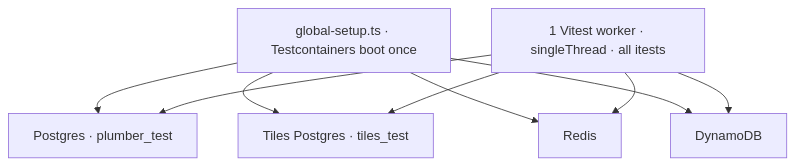
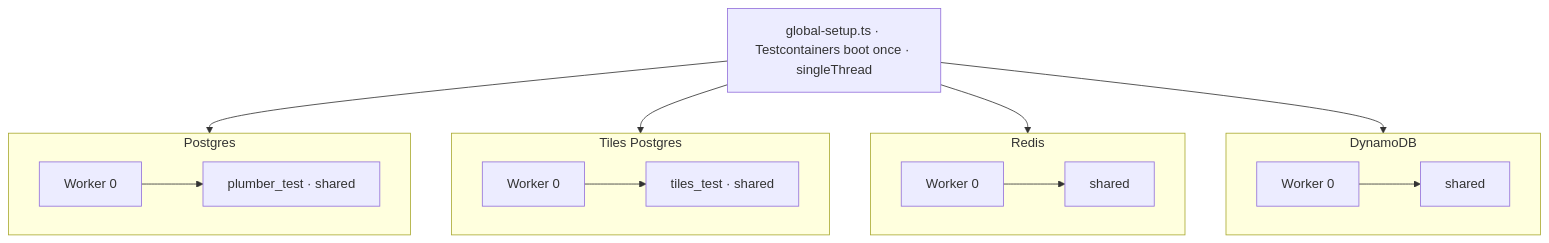
Before and after one commit to opengovsg/plumber: the third of 4 diagrams in docs/blog-speeding-up-vitest-tests.md, drawn with Mermaid.

Commit message:
docs: align before worker isolation diagram layout with after

````diff
--- a/docs/blog-speeding-up-vitest-tests.md
+++ b/docs/blog-speeding-up-vitest-tests.md
@@ -135,21 +135,29 @@
 ```mermaid
 flowchart TB
-  GS["global-setup.ts · Testcontainers boot once"]
+  GS["global-setup.ts · Testcontainers boot once · singleThread"]
 
-  W["1 Vitest worker · singleThread · all itests"]
+  subgraph pg ["Postgres"]
+    direction LR
+    W0p["Worker 0"] --> PG["plumber_test · shared"]
+  end
 
-  PG["Postgres · plumber_test"]
-  TP["Tiles Postgres · tiles_test"]
-  R["Redis"]
-  D["DynamoDB"]
+  subgraph tiles ["Tiles Postgres"]
+    direction LR
+    W0t["Worker 0"] --> T["tiles_test · shared"]
+  end
 
-  GS --> PG
-  GS --> TP
-  GS --> R
-  GS --> D
+  subgraph redis ["Redis"]
+    direction LR
+    W0r["Worker 0"] --> R["shared"]
+  end
 
-  W --> PG
-  W --> TP
-  W --> R
-  W --> D
+  subgraph dynamo ["DynamoDB"]
+    direction LR
+    W0d["Worker 0"] --> D["shared"]
+  end
+
+  GS --> pg
+  GS --> tiles
+  GS --> redis
+  GS --> dynamo
 ```
````
